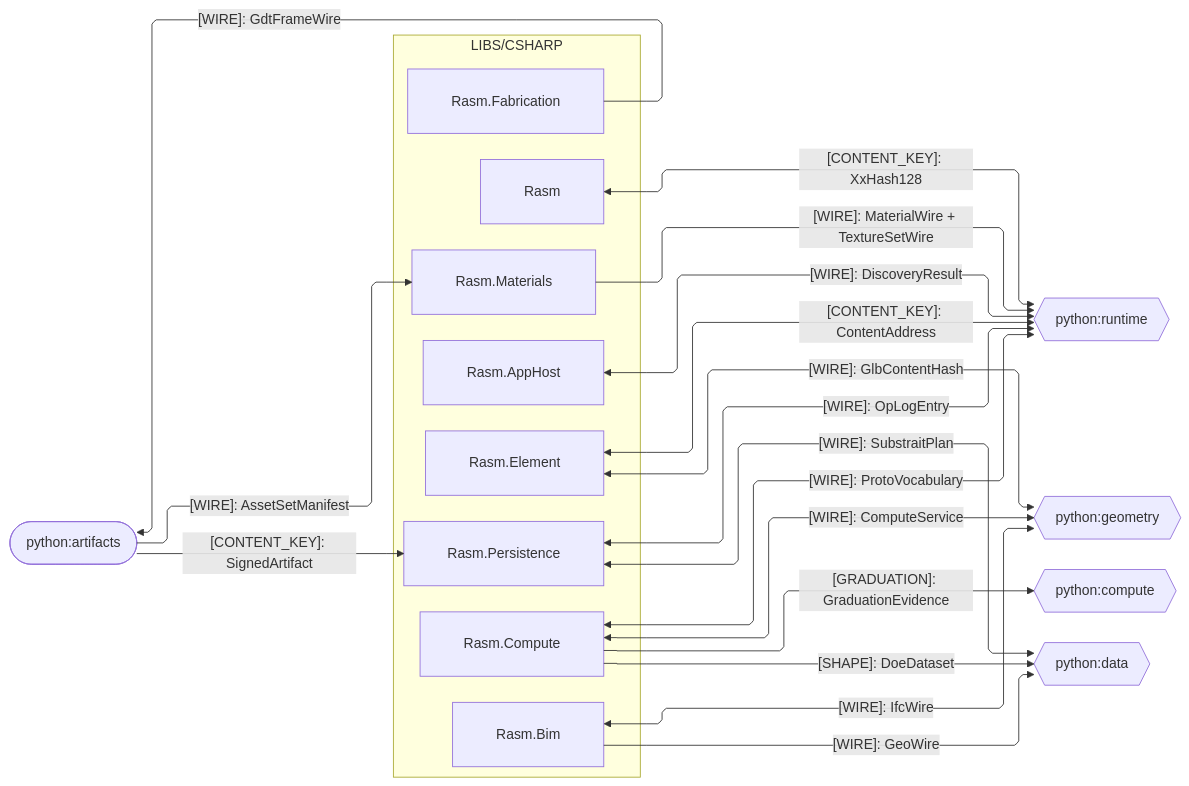
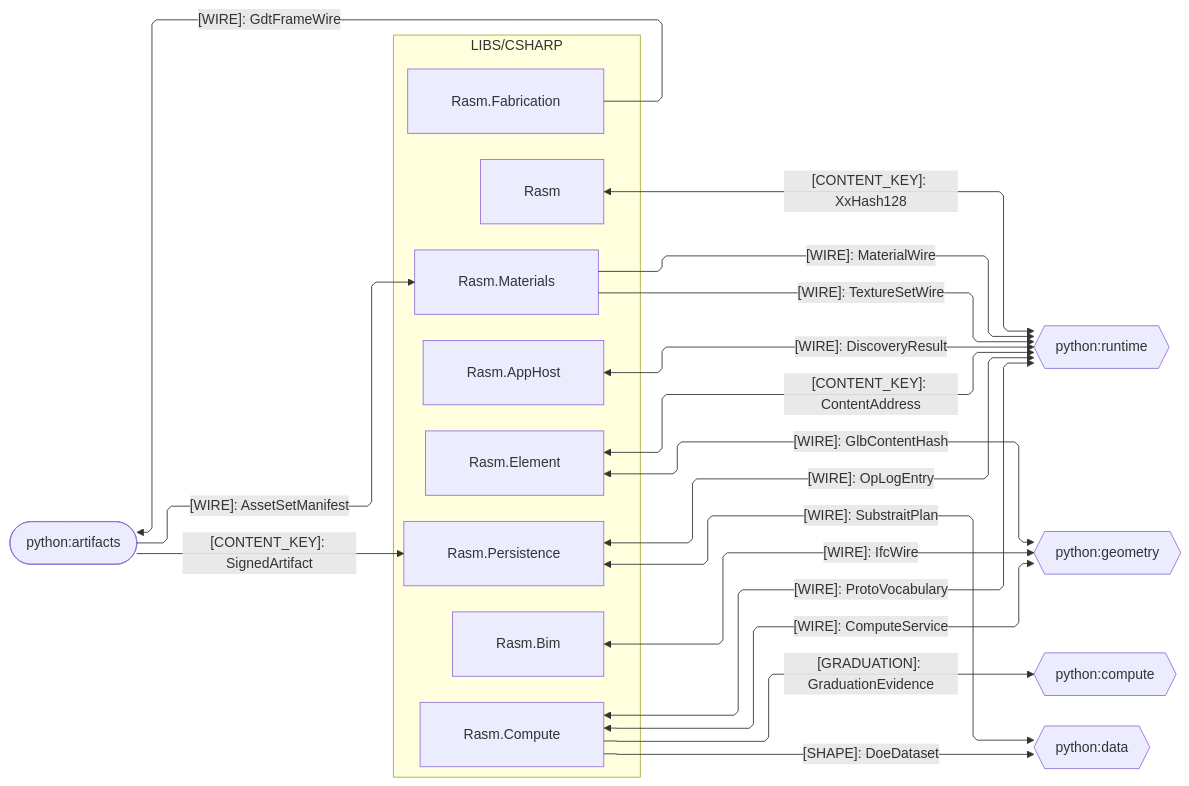
Before and after one commit to bsamiee/Rasm: the second of 5 diagrams in libs/csharp/.planning/ARCHITECTURE.md, drawn with Mermaid. The commit also changed other lines of this file and 115 other files, not shown here.

First line of the commit message:
Land the index-doc, cross-libs planning, and manifest delta

````diff
--- a/libs/csharp/.planning/ARCHITECTURE.md
+++ b/libs/csharp/.planning/ARCHITECTURE.md
@@ -113,43 +116,43 @@
 ```mermaid
 ---
 config:
   layout: elk
   flowchart:
     curve: linear
     padding: 25
 ---
 flowchart LR
     accTitle: C# branch python seam registry
-    accDescr: C# packages exchanging kinded contract shapes with the python packages — data-bearing kinds and shape contracts as labeled edges — bidirectional peers as hexagons, one-way sources and sinks as stadiums.
+    accDescr: Which kinded contract shapes cross between the C# packages and their python counterparts.
     subgraph csharp[LIBS/CSHARP]
         Rasm[Rasm]
         Element[Rasm.Element]
         Bim[Rasm.Bim]
         Materials[Rasm.Materials]
         Fabrication[Rasm.Fabrication]
         AppHost[Rasm.AppHost]
         Compute[Rasm.Compute]
         Persistence[Rasm.Persistence]
     end
     PyRuntime{{python:runtime}}
     PyGeometry{{python:geometry}}
     PyCompute{{python:compute}}
     PyData{{python:data}}
     PyArtifacts([python:artifacts])
-    Rasm <-->|"[CONTENT_KEY]: XxHash128"| PyRuntime
-    Element <-->|"[WIRE]: GlbContentHash"| PyGeometry
-    Element <-->|"[CONTENT_KEY]: ContentAddress"| PyRuntime
-    Bim <-->|"[WIRE]: IfcWire"| PyGeometry
-    Bim -->|"[WIRE]: GeoWire"| PyData
-    Materials -->|"[WIRE]: MaterialWire + TextureSetWire"| PyRuntime
-    PyArtifacts -->|"[WIRE]: AssetSetManifest"| Materials
-    Fabrication -->|"[WIRE]: GdtFrameWire"| PyArtifacts
-    AppHost <-->|"[WIRE]: DiscoveryResult"| PyRuntime
-    Compute <-->|"[WIRE]: ComputeService"| PyGeometry
-    Compute <-->|"[WIRE]: ProtoVocabulary"| PyRuntime
-    Compute -->|"[GRADUATION]: GraduationEvidence"| PyCompute
-    Compute -->|"[SHAPE]: DoeDataset"| PyData
-    Persistence <-->|"[WIRE]: OpLogEntry"| PyRuntime
-    PyArtifacts -->|"[CONTENT_KEY]: SignedArtifact"| Persistence
-    Persistence <-->|"[WIRE]: SubstraitPlan"| PyData
+    Rasm e1@<-->|"[CONTENT_KEY]: XxHash128"| PyRuntime
+    Element e2@<-->|"[WIRE]: GlbContentHash"| PyGeometry
+    Element e3@<-->|"[CONTENT_KEY]: ContentAddress"| PyRuntime
+    Bim e4@<-->|"[WIRE]: IfcWire"| PyGeometry
+    Materials e5@-->|"[WIRE]: MaterialWire"| PyRuntime
+    Materials e6@-->|"[WIRE]: TextureSetWire"| PyRuntime
+    PyArtifacts e7@-->|"[WIRE]: AssetSetManifest"| Materials
+    Fabrication e8@-->|"[WIRE]: GdtFrameWire"| PyArtifacts
+    AppHost e9@<-->|"[WIRE]: DiscoveryResult"| PyRuntime
+    Compute e10@<-->|"[WIRE]: ComputeService"| PyGeometry
+    Compute e11@<-->|"[WIRE]: ProtoVocabulary"| PyRuntime
+    Compute e12@-->|"[GRADUATION]: GraduationEvidence"| PyCompute
+    Compute e13@-->|"[SHAPE]: DoeDataset"| PyData
+    Persistence e14@<-->|"[WIRE]: OpLogEntry"| PyRuntime
+    PyArtifacts e15@-->|"[CONTENT_KEY]: SignedArtifact"| Persistence
+    Persistence e16@<-->|"[WIRE]: SubstraitPlan"| PyData
 ```
````
